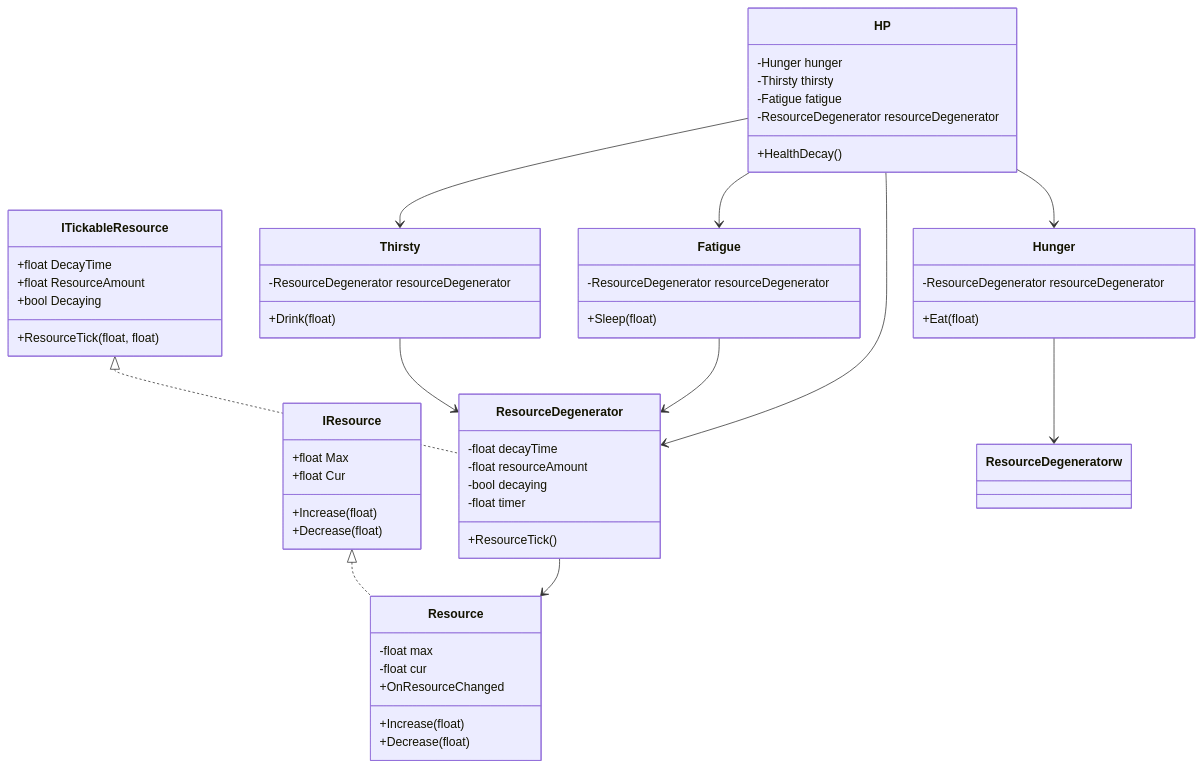
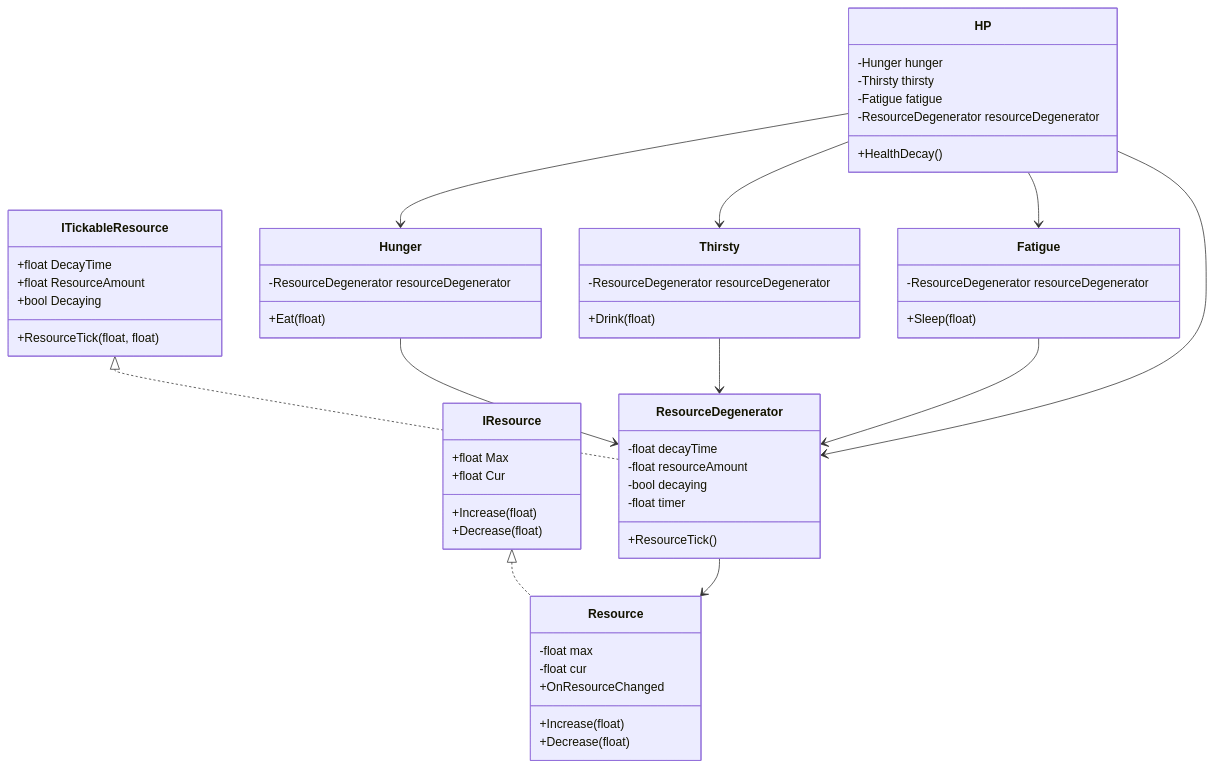
The second of 2 diagrams in docs/기능명세서/250620_강소현_ 플레이어자원관리.md (10-team-project/docs), drawn with Mermaid before and after one commit.

Commit message:
[Fix] 수정

````diff
--- a/docs/기능명세서/250620_강소현_ 플레이어자원관리.md
+++ b/docs/기능명세서/250620_강소현_ 플레이어자원관리.md
@@ -93,66 +93,66 @@
 ```mermaid
 classDiagram
     class IResource {
         +float Max
         +float Cur
         +Increase(float)
         +Decrease(float)
     }
 
     class Resource {
         -float max
         -float cur
         +Increase(float)
         +Decrease(float)
         +OnResourceChanged
     }
 
     class ITickableResource {
         +float DecayTime
         +float ResourceAmount
         +bool Decaying
         +ResourceTick(float, float)
     }
 
     class ResourceDegenerator {
         -float decayTime
         -float resourceAmount
         -bool decaying
         -float timer
         +ResourceTick()
     }
 
     class HP {
         -Hunger hunger
         -Thirsty thirsty
         -Fatigue fatigue
         -ResourceDegenerator resourceDegenerator
         +HealthDecay()
     }
 
     class Hunger {
         -ResourceDegenerator resourceDegenerator
         +Eat(float)
     }
 
     class Thirsty {
         -ResourceDegenerator resourceDegenerator
         +Drink(float)
     }
 
     class Fatigue {
         -ResourceDegenerator resourceDegenerator
         +Sleep(float)
     }
 
     IResource <|.. Resource
     ITickableResource <|.. ResourceDegenerator
     ResourceDegenerator --> Resource
-    Hunger --> ResourceDegeneratorw
+    Hunger --> ResourceDegenerator
     Thirsty --> ResourceDegenerator
     Fatigue --> ResourceDegenerator
     HP --> ResourceDegenerator
     HP --> Hunger
     HP --> Thirsty
     HP --> Fatigue
 ```
````
